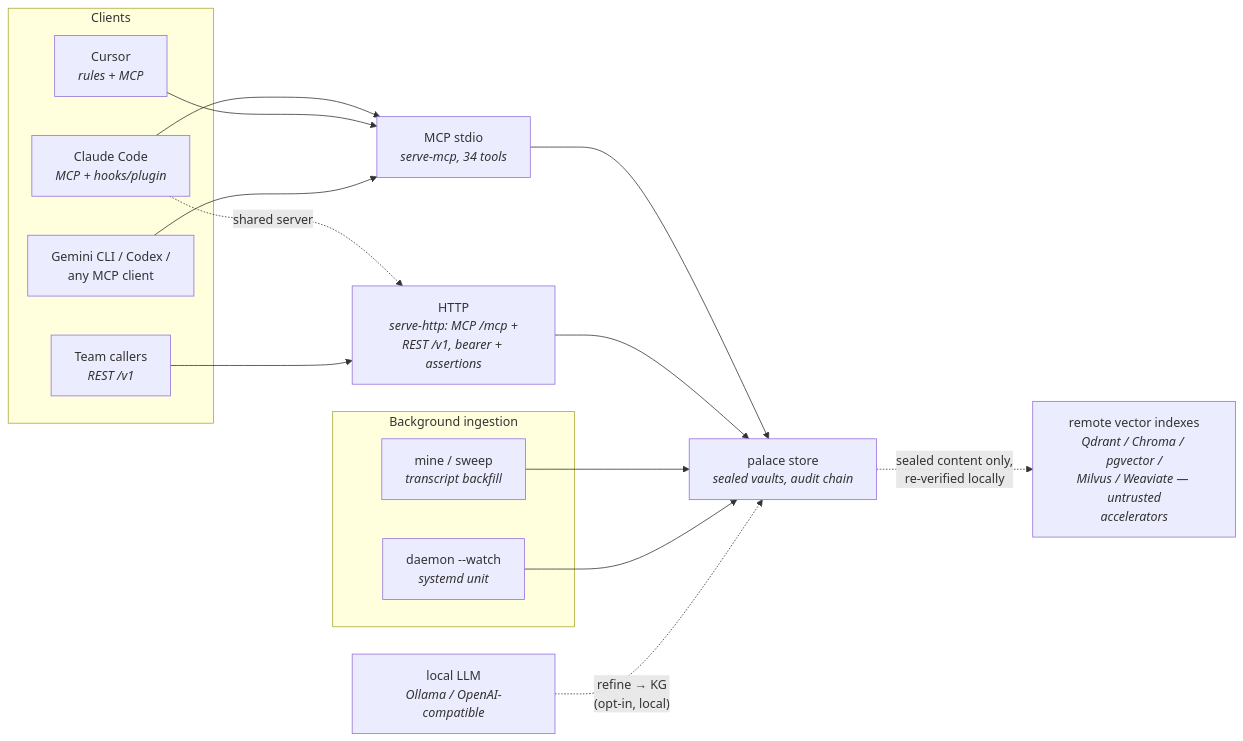
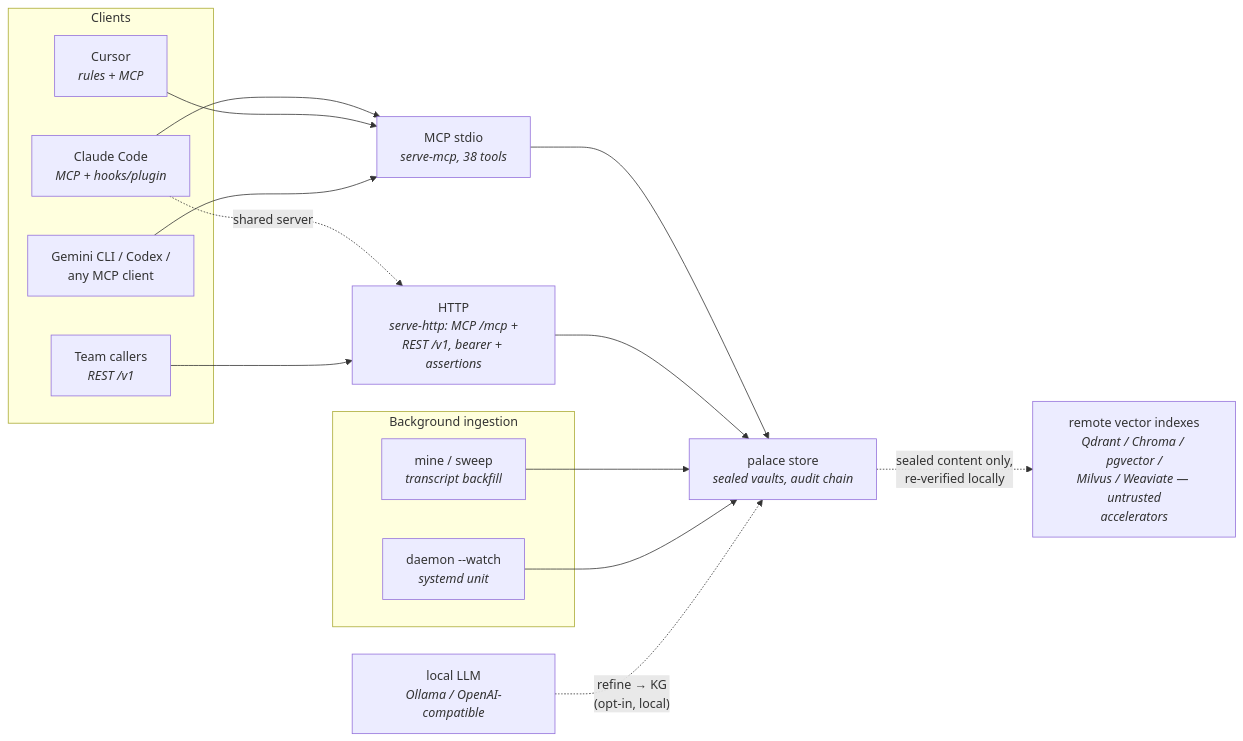
One commit to sealcroft/undercroft changed the diagram in docs/integrations.md. Above: the diagram before and after it, drawn with Mermaid. The commit also changed 19 other files, not shown here.

````diff
--- a/docs/integrations.md
+++ b/docs/integrations.md
@@ -11,24 +11,24 @@
 ```mermaid
 flowchart LR
     subgraph clients["Clients"]
         cc["Claude Code<br/><i>MCP + hooks/plugin</i>"]
         cur["Cursor<br/><i>rules + MCP</i>"]
         gem["Gemini CLI / Codex /<br/>any MCP client"]
         team["Team callers<br/><i>REST /v1</i>"]
     end
     subgraph ingest["Background ingestion"]
         mine["mine / sweep<br/><i>transcript backfill</i>"]
         daemon["daemon --watch<br/><i>systemd unit</i>"]
     end
-    cc --> mcp["MCP stdio<br/><i>serve-mcp, 34 tools</i>"]
+    cc --> mcp["MCP stdio<br/><i>serve-mcp, 38 tools</i>"]
     cur --> mcp
     gem --> mcp
     cc -. "shared server" .-> http["HTTP<br/><i>serve-http: MCP /mcp +<br/>REST /v1, bearer + assertions</i>"]
     team --> http
     mcp --> store["palace store<br/><i>sealed vaults, audit chain</i>"]
     http --> store
     mine --> store
     daemon --> store
     store -. "sealed content only,<br/>re-verified locally" .-> remote["remote vector indexes<br/><i>Qdrant / Chroma / pgvector /<br/>Milvus / Weaviate — untrusted<br/>accelerators</i>"]
     llmx["local LLM<br/><i>Ollama / OpenAI-compatible</i>"] -. "refine → KG<br/>(opt-in, local)" .-> store
 ```
````
